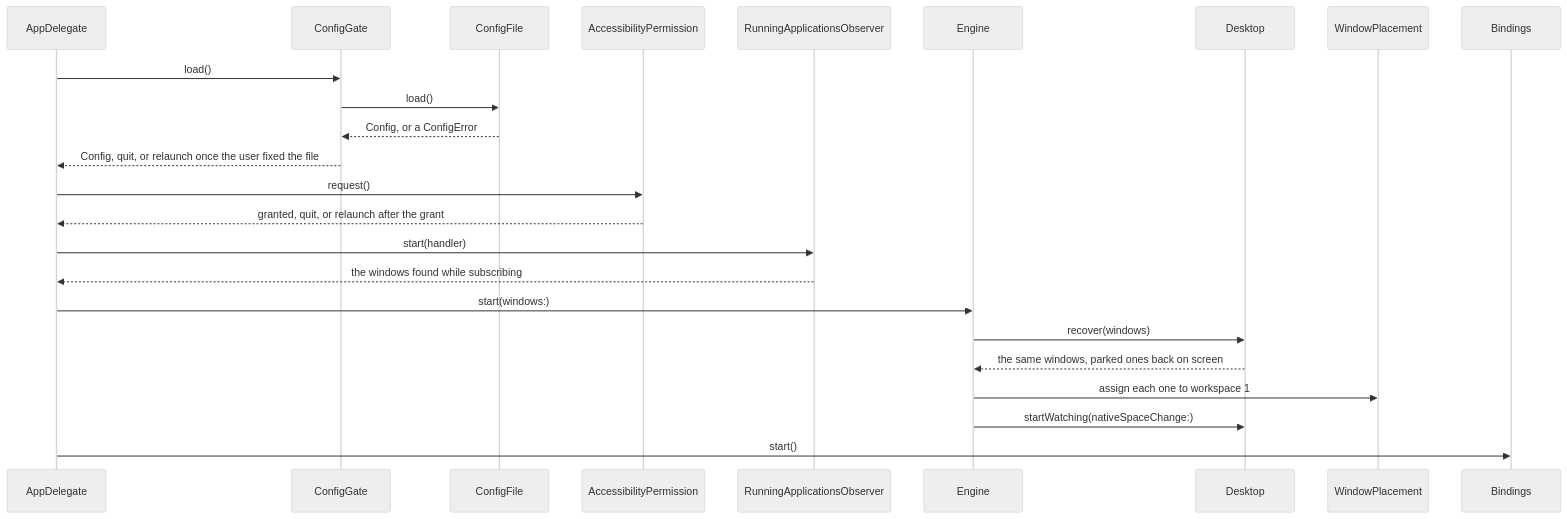
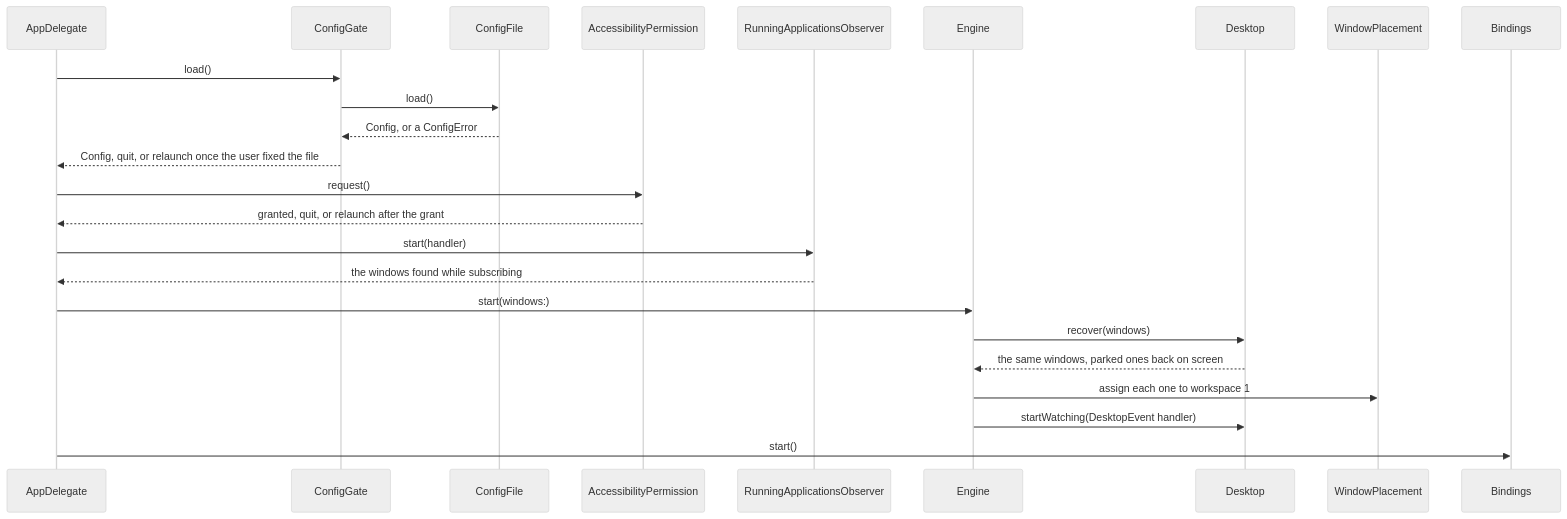
The seventh of 20 diagrams in ARCHITECTURE.md (brennovich/ottowm), drawn with Mermaid (neutral theme) before and after one commit. The commit also changed other lines of this file and 8 other files, not shown here.

````diff
--- a/ARCHITECTURE.md
+++ b/ARCHITECTURE.md
@@ -211,17 +218,17 @@
 ```mermaid
 sequenceDiagram
     AppDelegate->>ConfigGate: load()
     ConfigGate->>ConfigFile: load()
     ConfigFile-->>ConfigGate: Config, or a ConfigError
     ConfigGate-->>AppDelegate: Config, quit, or relaunch once the user fixed the file
     AppDelegate->>AccessibilityPermission: request()
     AccessibilityPermission-->>AppDelegate: granted, quit, or relaunch after the grant
     AppDelegate->>RunningApplicationsObserver: start(handler)
     RunningApplicationsObserver-->>AppDelegate: the windows found while subscribing
     AppDelegate->>Engine: start(windows:)
     Engine->>Desktop: recover(windows)
     Desktop-->>Engine: the same windows, parked ones back on screen
     Engine->>WindowPlacement: assign each one to workspace 1
-    Engine->>Desktop: startWatching(nativeSpaceChange:)
+    Engine->>Desktop: startWatching(DesktopEvent handler)
     AppDelegate->>Bindings: start()
 ```
````
